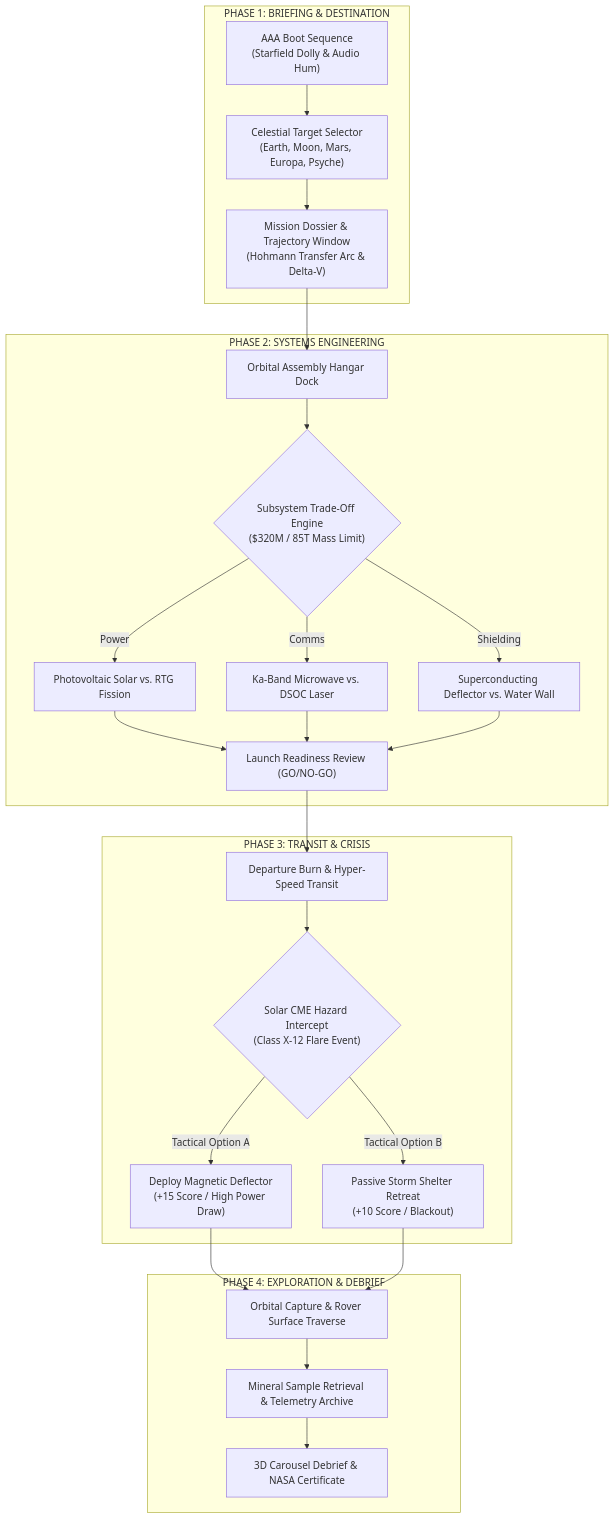
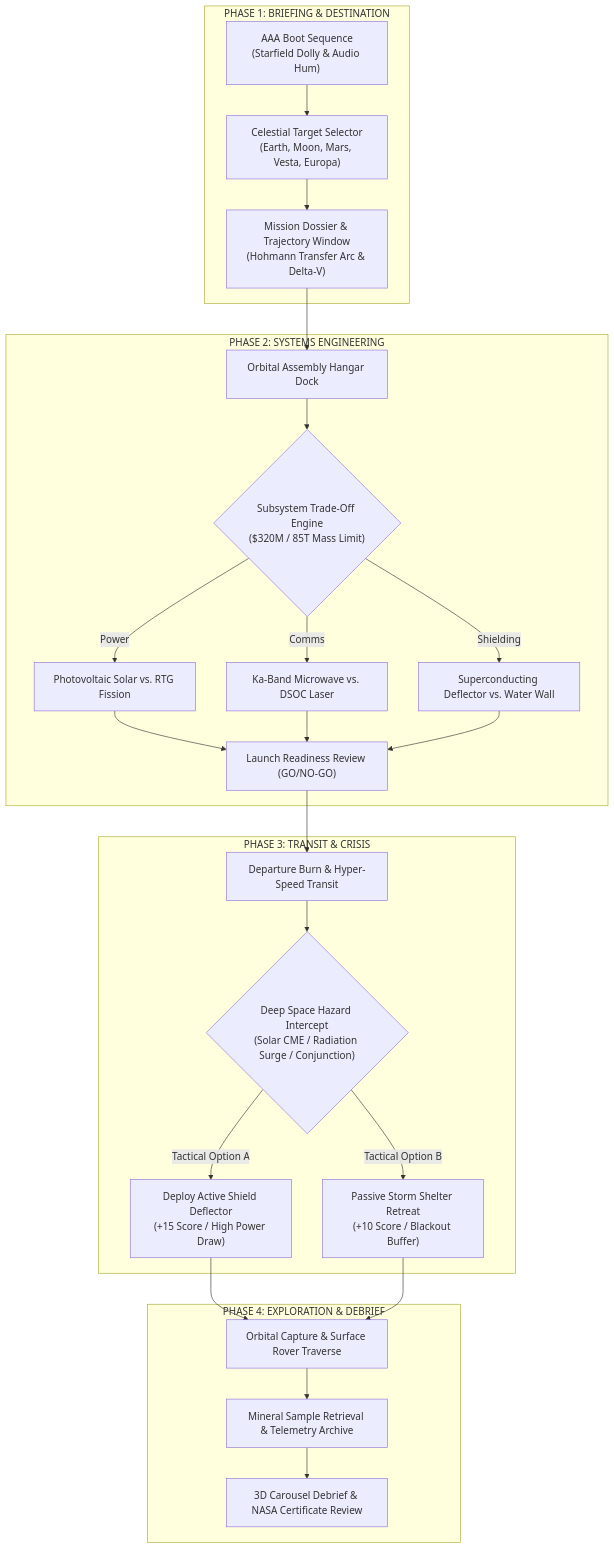
Before and after one commit to Mostafa-Shariare/mission-forge-project-aurora: the first of 3 diagrams in README.md, drawn with Mermaid. The commit also changed other lines of this file, not shown here.

Commit message:
Enhance README documentation with architecture tree, test metrics, and deployment guides

````diff
--- a/README.md
+++ b/README.md
@@ -44,29 +60,29 @@
 ```mermaid
 flowchart TD
     subgraph S1["PHASE 1: BRIEFING & DESTINATION"]
-        A["AAA Boot Sequence<br/>(Starfield Dolly & Audio Hum)"] --> B["Celestial Target Selector<br/>(Earth, Moon, Mars, Europa, Psyche)"]
+        A["AAA Boot Sequence<br/>(Starfield Dolly & Audio Hum)"] --> B["Celestial Target Selector<br/>(Earth, Moon, Mars, Vesta, Europa)"]
         B --> C["Mission Dossier & Trajectory Window<br/>(Hohmann Transfer Arc & Delta-V)"]
     end
 
     subgraph S2["PHASE 2: SYSTEMS ENGINEERING"]
         C --> D["Orbital Assembly Hangar Dock"]
         D --> E{"Subsystem Trade-Off Engine<br/>($320M / 85T Mass Limit)"}
         E -->|Power| E1["Photovoltaic Solar vs. RTG Fission"]
         E -->|Comms| E2["Ka-Band Microwave vs. DSOC Laser"]
         E -->|Shielding| E3["Superconducting Deflector vs. Water Wall"]
         E1 & E2 & E3 --> F["Launch Readiness Review (GO/NO-GO)"]
     end
 
     subgraph S3["PHASE 3: TRANSIT & CRISIS"]
         F --> G["Departure Burn & Hyper-Speed Transit"]
-        G --> H{"Solar CME Hazard Intercept<br/>(Class X-12 Flare Event)"}
-        H -->|Tactical Option A| H1["Deploy Magnetic Deflector<br/>(+15 Score / High Power Draw)"]
-        H -->|Tactical Option B| H2["Passive Storm Shelter Retreat<br/>(+10 Score / Blackout)"]
+        G --> H{"Deep Space Hazard Intercept<br/>(Solar CME / Radiation Surge / Conjunction)"}
+        H -->|Tactical Option A| H1["Deploy Active Shield Deflector<br/>(+15 Score / High Power Draw)"]
+        H -->|Tactical Option B| H2["Passive Storm Shelter Retreat<br/>(+10 Score / Blackout Buffer)"]
     end
 
     subgraph S4["PHASE 4: EXPLORATION & DEBRIEF"]
-        H1 & H2 --> I["Orbital Capture & Rover Surface Traverse"]
+        H1 & H2 --> I["Orbital Capture & Surface Rover Traverse"]
         I --> J["Mineral Sample Retrieval & Telemetry Archive"]
-        J --> K["3D Carousel Debrief & NASA Certificate"]
+        J --> K["3D Carousel Debrief & NASA Certificate Review"]
     end
 ```
````
